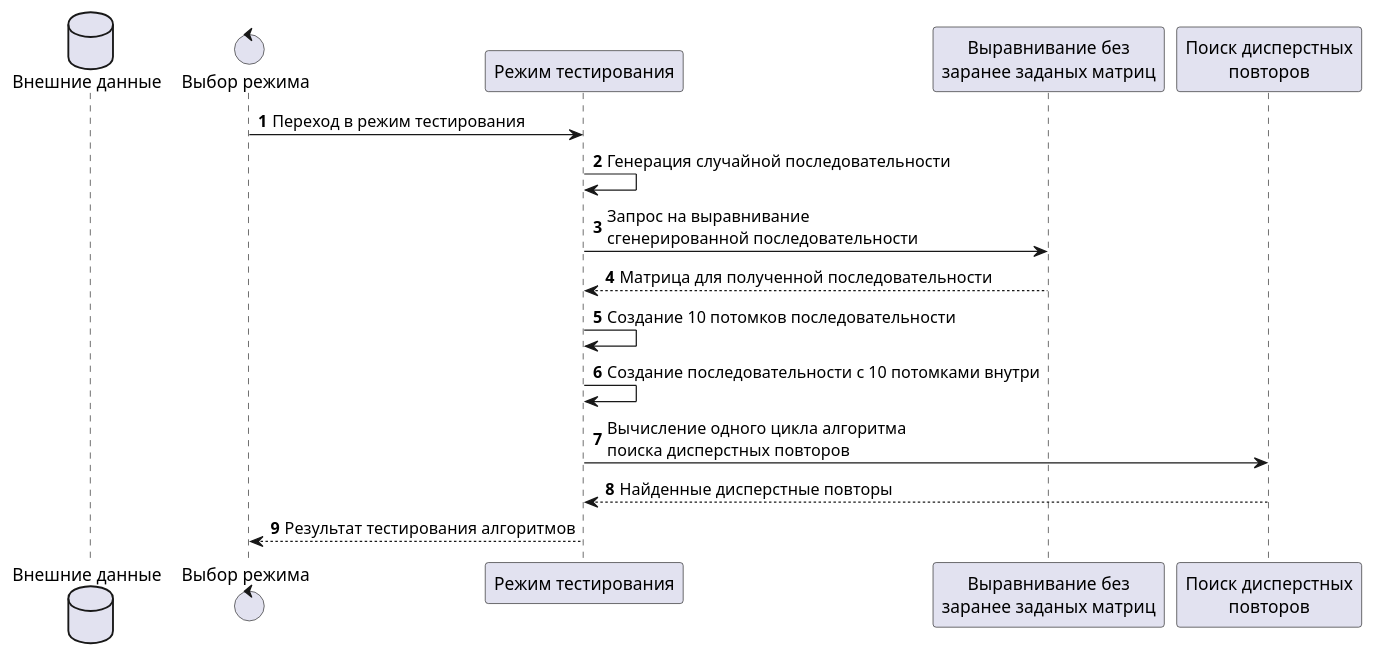
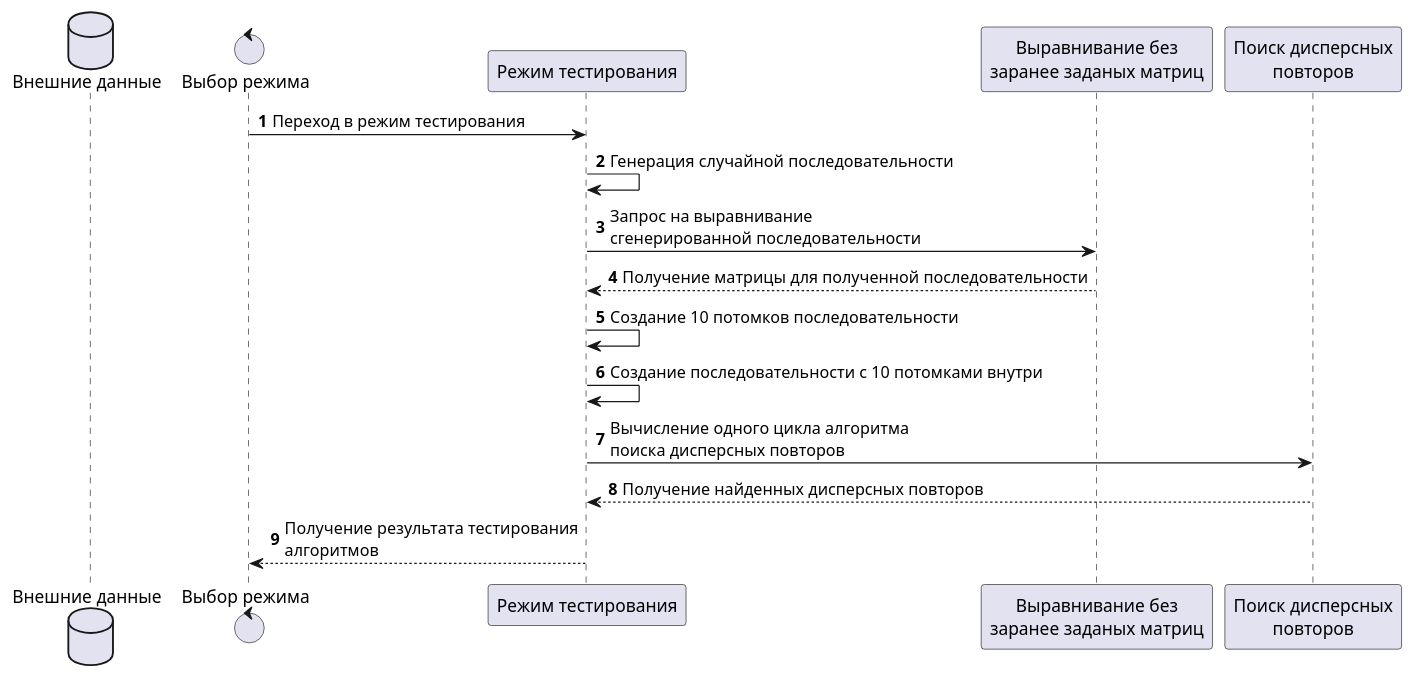
Before and after one commit to ikramanop/aligner: the diagram in diagrams/scheme_testing.puml, drawn with PlantUML. The commit also changed 5 other files, not shown here.

```diff
--- a/diagrams/scheme_testing.puml
+++ b/diagrams/scheme_testing.puml
@@ -1,21 +1,21 @@
 @startuml
 
 database "Внешние данные" as data
 control "Выбор режима" as router
 participant "Режим тестирования" as test
 participant "Выравнивание без\nзаранее заданых матриц" as align
-participant "Поиск дисперстных\nповторов" as search
+participant "Поиск дисперсных\nповторов" as search
 
 autonumber
 router -> test: Переход в режим тестирования
 test -> test: Генерация случайной последовательности
 test -> align: Запрос на выравнивание\nсгенерированной последовательности
-align --> test: Матрица для полученной последовательности
+align --> test: Получение матрицы для полученной последовательности
 test -> test: Создание 10 потомков последовательности
 test -> test: Создание последовательности с 10 потомками внутри
-test -> search: Вычисление одного цикла алгоритма\nпоиска дисперстных повторов
-search --> test: Найденные дисперстные повторы
+test -> search: Вычисление одного цикла алгоритма\nпоиска дисперсных повторов
+search --> test: Получение найденных дисперсных повторов
 
-test --> router: Результат тестирования алгоритмов
+test --> router: Получение результата тестирования\nалгоритмов
 
 @enduml
```
